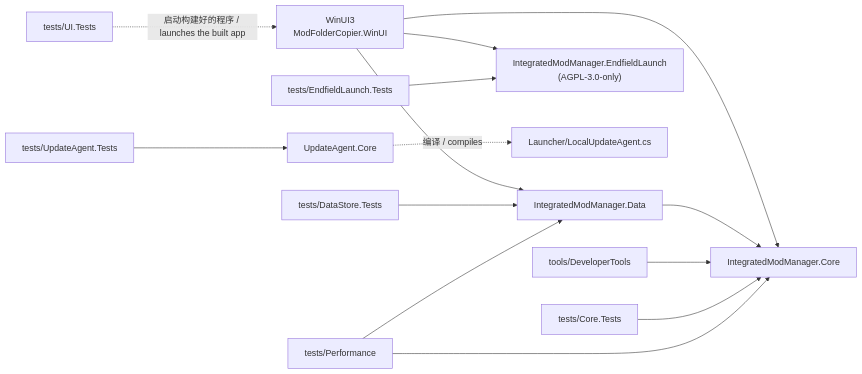
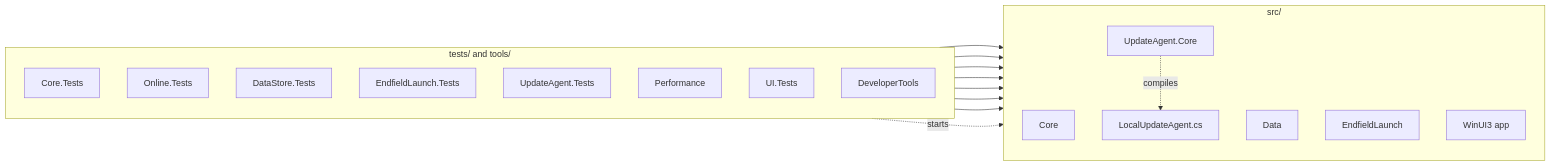
The second of 15 diagrams in docs/development/Software-Structure.md (uyujkk/Integrated_Mod_Manager), drawn with Mermaid before and after one commit. The commit also changed other lines of this file and 5 other files, not shown here.

Commit message:
Bring the software structure docs up to date, with diagrams that fit on GitHub (#137)

````diff
--- a/docs/development/Software-Structure.md
+++ b/docs/development/Software-Structure.md
@@ -48,16 +108,32 @@
 ```mermaid
 flowchart LR
-  WinUI["WinUI3<br/>ModFolderCopier.WinUI"] --> Core["IntegratedModManager.Core"]
-  WinUI --> Data["IntegratedModManager.Data"]
-  WinUI --> Launch["IntegratedModManager.EndfieldLaunch<br/>(AGPL-3.0-only)"]
-  Data --> Core
-  Agent["UpdateAgent.Core"] -. "编译 / compiles" .-> AgentSrc["Launcher/LocalUpdateAgent.cs"]
-  Tools["tools/DeveloperTools"] --> Core
-  CoreTests["tests/Core.Tests"] --> Core
-  DataTests["tests/DataStore.Tests"] --> Data
-  AgentTests["tests/UpdateAgent.Tests"] --> Agent
-  LaunchTests["tests/EndfieldLaunch.Tests"] --> Launch
-  Perf["tests/Performance"] --> Core
-  UiTests["tests/UI.Tests"] -. "启动构建好的程序 / launches the built app" .-> WinUI
-  Perf --> Data
+  subgraph tests["tests/ and tools/"]
+    direction TB
+    CT["Core.Tests"]
+    OT["Online.Tests"]
+    DT["DataStore.Tests"]
+    ET["EndfieldLaunch.Tests"]
+    UT["UpdateAgent.Tests"]
+    PF["Performance"]
+    UI["UI.Tests"]
+    DevT["DeveloperTools"]
+  end
+  subgraph src["src/"]
+    direction TB
+    Core["Core"]
+    Data["Data"]
+    EL["EndfieldLaunch"]
+    UAC["UpdateAgent.Core"]
+    App["WinUI3 app"]
+    Upd["LocalUpdateAgent.cs"]
+  end
+  CT --> Core
+  OT --> Core
+  DevT --> Core
+  DT --> Data
+  PF --> Data
+  ET --> EL
+  UT --> UAC
+  UAC -. "compiles" .-> Upd
+  UI -. "starts" .-> App
 ```
````
